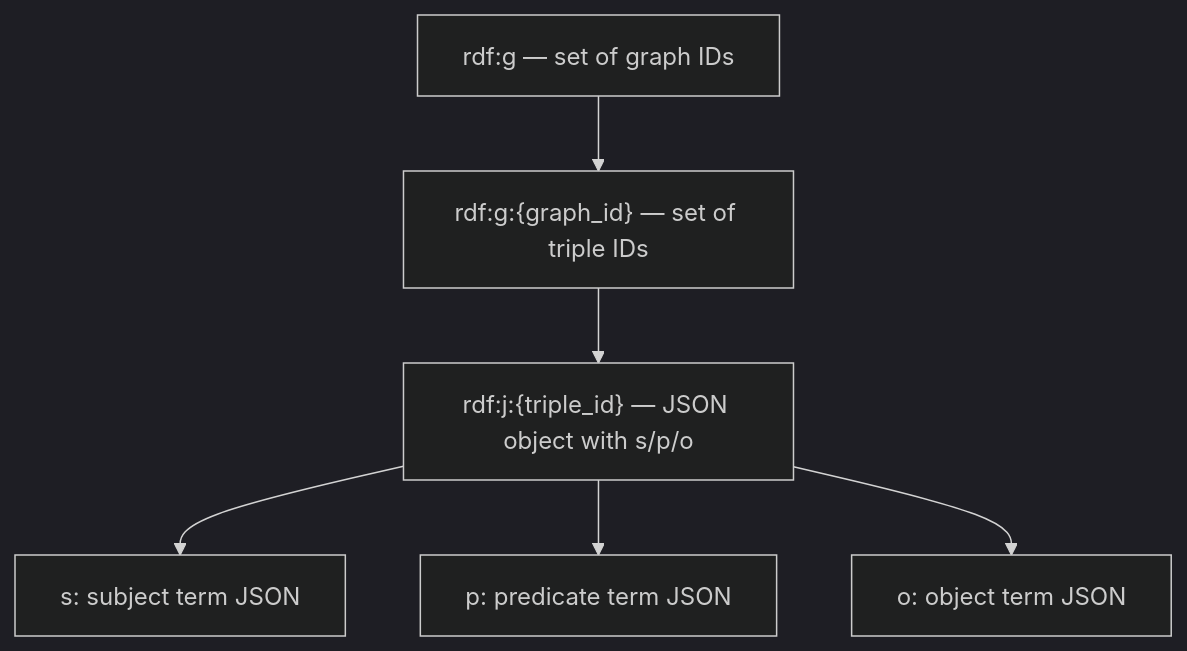
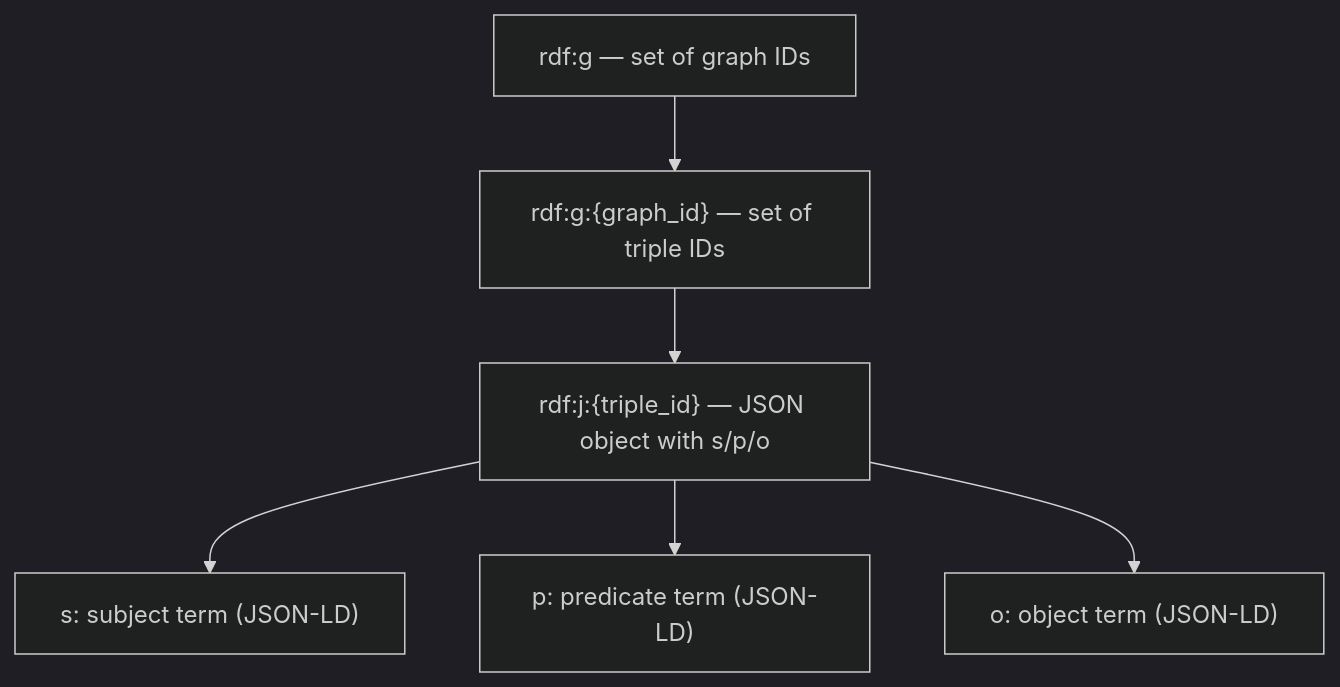
Before and after one commit to rust-rdf/rdf.rs: the first of 4 diagrams in lib/rdf-store-valkey/README.md, drawn with Mermaid (dark theme). The commit also changed 3 other files, not shown here.

Commit message:
Add storage achema diagrams.

````diff
--- a/lib/rdf-store-valkey/README.md
+++ b/lib/rdf-store-valkey/README.md
@@ -116,8 +116,9 @@
 ```mermaid
 graph TD
-  RG["rdf:g — set of graph IDs"]:::accent2 --> G["rdf:g:{graph_id} — set of triple IDs"]:::accent3
-  G --> T["rdf:j:{triple_id} — JSON object with s/p/o"]:::accent4
-  T --> S["s: subject term JSON"]:::accent0
-  T --> P["p: predicate term JSON"]:::accent1
-  T --> O["o: object term JSON"]:::accent1
+  RG["rdf:g — set of graph IDs"]
+  RG --> G["rdf:g:{graph_id} — set of triple IDs"]
+  G --> T["rdf:j:{triple_id} — JSON object with s/p/o"]
+  T --> S["s: subject term (JSON-LD)"]
+  T --> P["p: predicate term (JSON-LD)"]
+  T --> O["o: object term (JSON-LD)"]
 ```
````
